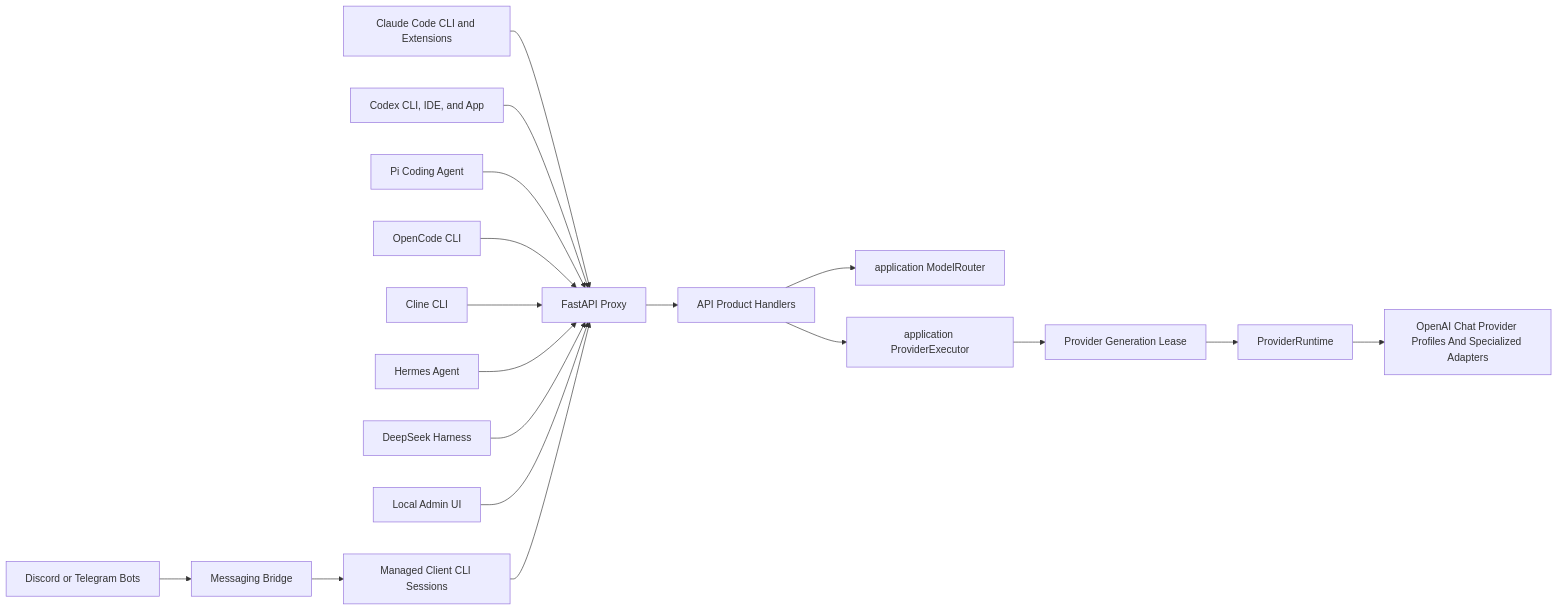
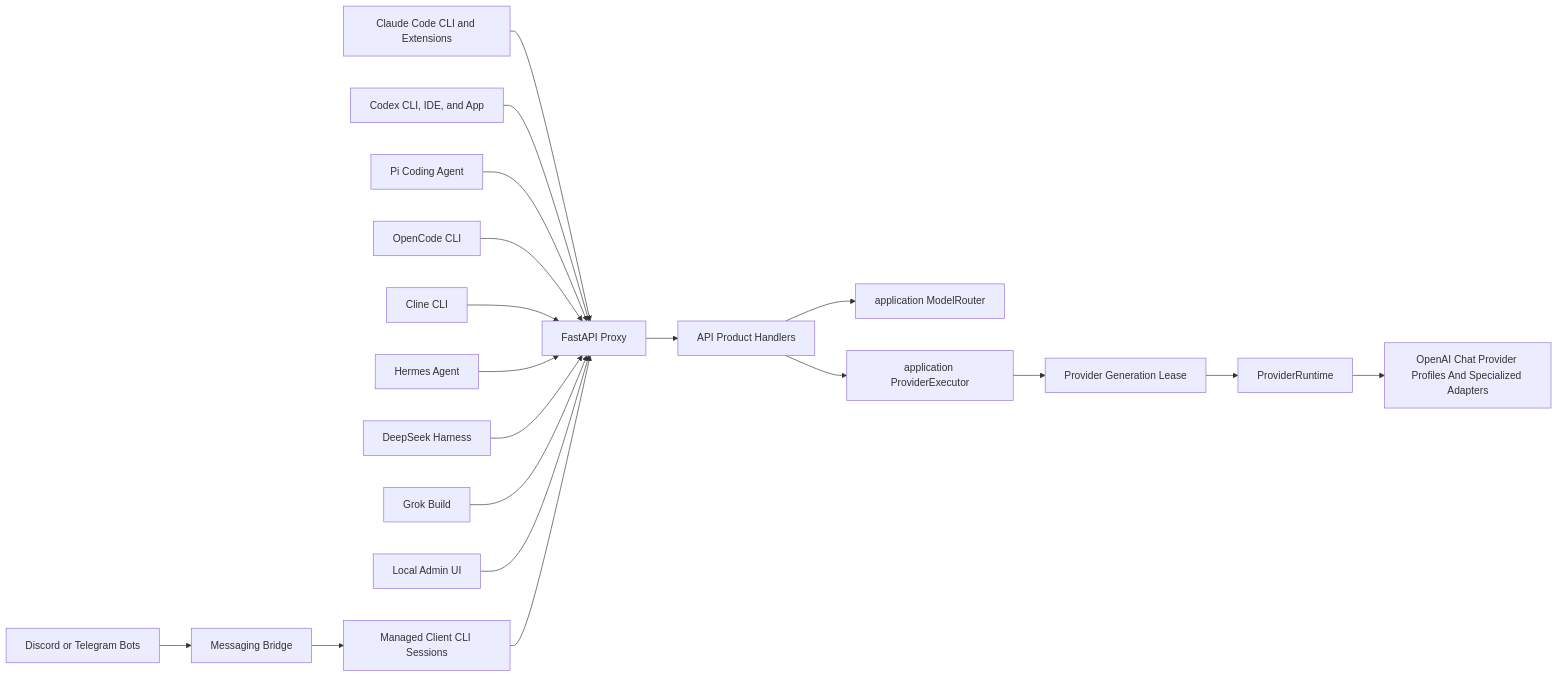
One commit to MysticCoss/free-claude-code changed the first of 3 diagrams in ARCHITECTURE.md. Above: the diagram before and after it, drawn with Mermaid. The commit also changed other lines of this file and 35 other files, not shown here.

First line of the commit message:
Add Grok Build as an FCC coding agent (#1489)

````diff
--- a/ARCHITECTURE.md
+++ b/ARCHITECTURE.md
@@ -28,20 +29,21 @@
 ```mermaid
 flowchart LR
     ClaudeCode[Claude Code CLI and Extensions] --> ProxyAPI[FastAPI Proxy]
     Codex[Codex CLI, IDE, and App] --> ProxyAPI
     Pi[Pi Coding Agent] --> ProxyAPI
     OpenCode[OpenCode CLI] --> ProxyAPI
     Cline[Cline CLI] --> ProxyAPI
     Hermes[Hermes Agent] --> ProxyAPI
     DSH[DeepSeek Harness] --> ProxyAPI
+    Grok[Grok Build] --> ProxyAPI
     AdminUI[Local Admin UI] --> ProxyAPI
     Bots[Discord or Telegram Bots] --> Messaging[Messaging Bridge]
     Messaging --> ClientCLI[Managed Client CLI Sessions]
     ClientCLI --> ProxyAPI
     ProxyAPI --> Handlers[API Product Handlers]
     Handlers --> Router[application ModelRouter]
     Handlers --> Executor[application ProviderExecutor]
     Executor --> Lease[Provider Generation Lease]
     Lease --> Providers[ProviderRuntime]
     Providers --> OpenAIChat[OpenAI Chat Provider Profiles And Specialized Adapters]
 ```
````
